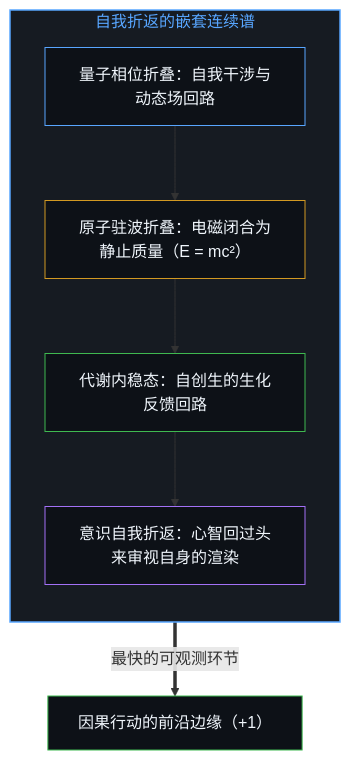
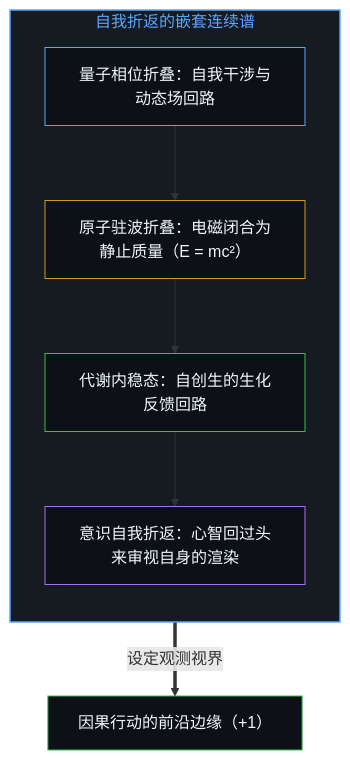
The first of 10 diagrams in content/posts/the-velocity-of-visibility.md (powerpig99/not-a-toe), drawn with Mermaid before and after one commit. The commit also changed other lines of this file and 6 other files, not shown here.

````diff
--- a/content/posts/the-velocity-of-visibility.md
+++ b/content/posts/the-velocity-of-visibility.md
@@ -17,18 +17,18 @@
 ```mermaid
 flowchart TD
     subgraph S_Fold["自我折返的嵌套连续谱"]
         direction TB
         QuantumFold["量子相位折叠：自我干涉与动态场回路"]
         AtomicFold["原子驻波折叠：电磁闭合为静止质量（E = mc²）"]
         BioFold["代谢内稳态：自创生的生化反馈回路"]
         MindFold["意识自我折返：心智回过头来审视自身的渲染"]
         QuantumFold --> AtomicFold --> BioFold --> MindFold
     end
-    MindFold ==>|"最快的可观测环节"| LeadingEdge["因果行动的前沿边缘（+1）"]
+    MindFold ==>|"设定观测视界"| LeadingEdge["因果行动的前沿边缘（+1）"]
     style S_Fold fill:#161b22,stroke:#58a6ff,stroke-width:1.5px,color:#58a6ff
     style QuantumFold fill:#0d1117,stroke:#58a6ff,stroke-width:1px,color:#f0f6fc
     style AtomicFold fill:#0d1117,stroke:#d29922,stroke-width:1px,color:#f0f6fc
     style BioFold fill:#0d1117,stroke:#3fb950,stroke-width:1px,color:#f0f6fc
     style MindFold fill:#0d1117,stroke:#a371f7,stroke-width:1px,color:#f0f6fc
     style LeadingEdge fill:#0d1117,stroke:#3fb950,stroke-width:1px,color:#f0f6fc
 ```
````
